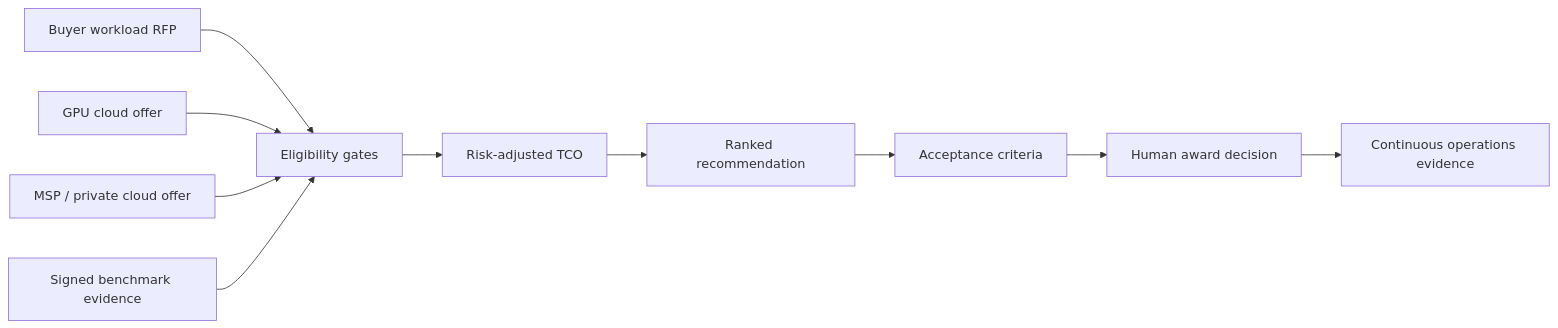
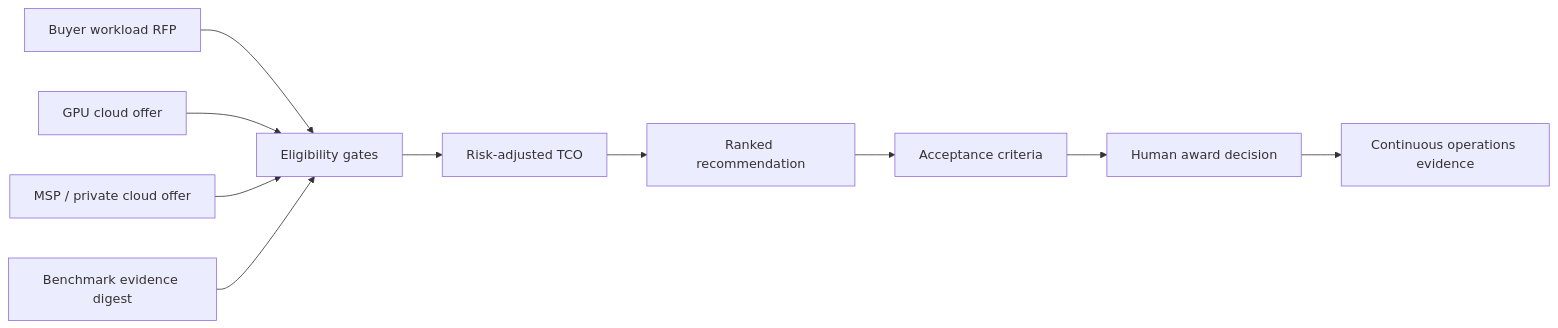
The diagram in README.md (AAH20/ai-infrastructure-procurement-platform), drawn with Mermaid before and after one commit. The commit also changed other lines of this file and 9 other files, not shown here.

````diff
--- a/README.md
+++ b/README.md
@@ -18,12 +20,12 @@
 ```mermaid
 flowchart LR
   B[Buyer workload RFP] --> E[Eligibility gates]
   S1[GPU cloud offer] --> E
   S2[MSP / private cloud offer] --> E
-  V[Signed benchmark evidence] --> E
+  V[Benchmark evidence digest] --> E
   E --> T[Risk-adjusted TCO]
   T --> R[Ranked recommendation]
   R --> A[Acceptance criteria]
   A --> H[Human award decision]
   H --> O[Continuous operations evidence]
 ```
````
